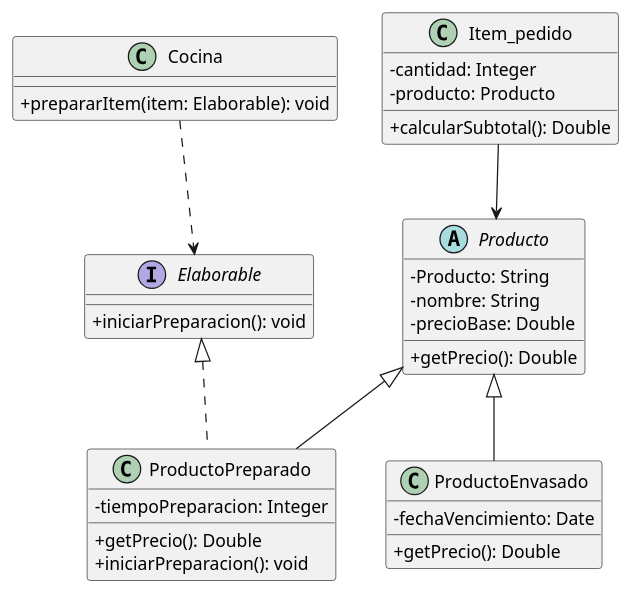
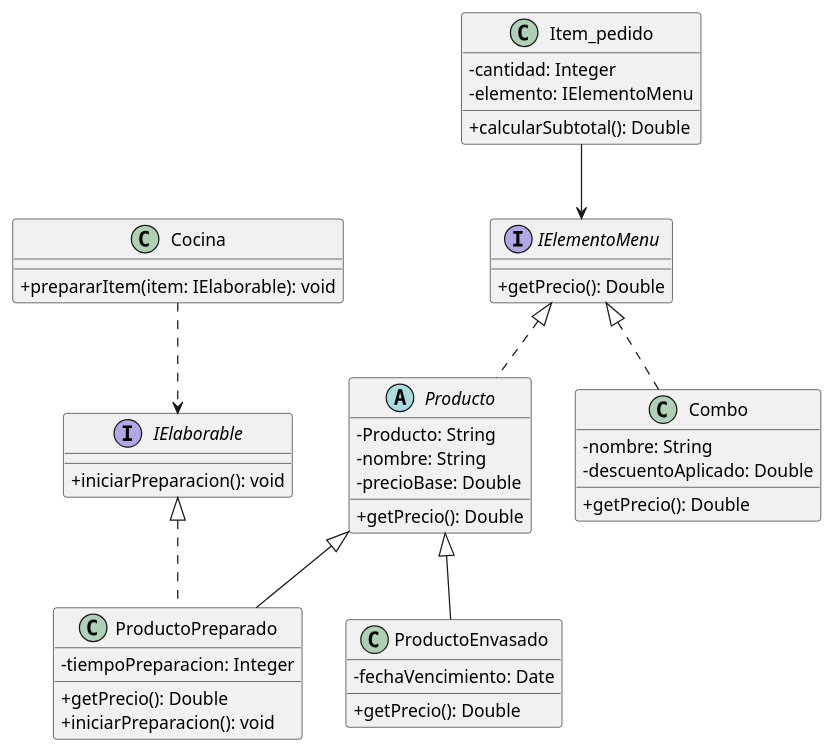
The diagram in diagramas/01-diagrama-clases/01-solid-03-lsp.puml (eloeyhe/SistemaPedidos), drawn with PlantUML before and after one commit. The commit also changed 4 other files, not shown here.

```diff
--- a/diagramas/01-diagrama-clases/01-solid-03-lsp.puml
+++ b/diagramas/01-diagrama-clases/01-solid-03-lsp.puml
@@ -1,40 +1,50 @@
 @startuml 01-solid-03-lsp
 
 skinparam classAttributeIconSize 0
 
-abstract class Producto {
+interface IElementoMenu {
+    + getPrecio(): Double
+}
+
+abstract class Producto implements IElementoMenu {
     - Producto: String
     - nombre: String
     - precioBase: Double
     + getPrecio(): Double
 }
 
 class ProductoEnvasado extends Producto {
     - fechaVencimiento: Date
     + getPrecio(): Double
 }
 
-class ProductoPreparado extends Producto implements Elaborable {
+interface IElaborable {
+    + iniciarPreparacion(): void
+}
+
+class ProductoPreparado extends Producto implements IElaborable {
     - tiempoPreparacion: Integer
     + getPrecio(): Double
     + iniciarPreparacion(): void
 }
 
-interface Elaborable {
-    + iniciarPreparacion(): void
+class Combo implements IElementoMenu {
+    - nombre: String
+    - descuentoAplicado: Double
+    + getPrecio(): Double
 }
 
 class Item_pedido {
     - cantidad: Integer
-    - producto: Producto
+    - elemento: IElementoMenu
     + calcularSubtotal(): Double
 }
 
 class Cocina {
-    + prepararItem(item: Elaborable): void
+    + prepararItem(item: IElaborable): void
 }
 
-Item_pedido --> Producto
-Cocina ..> Elaborable
+Item_pedido --> IElementoMenu
+Cocina ..> IElaborable
 
 @enduml
```
